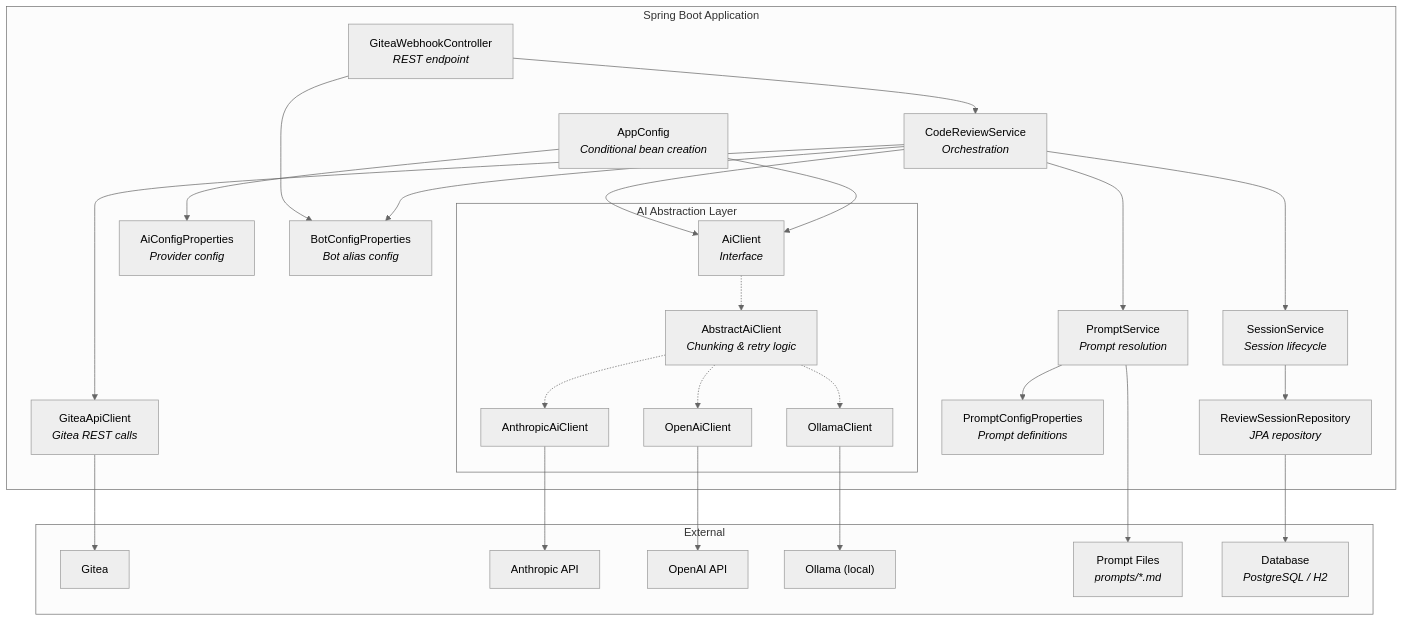
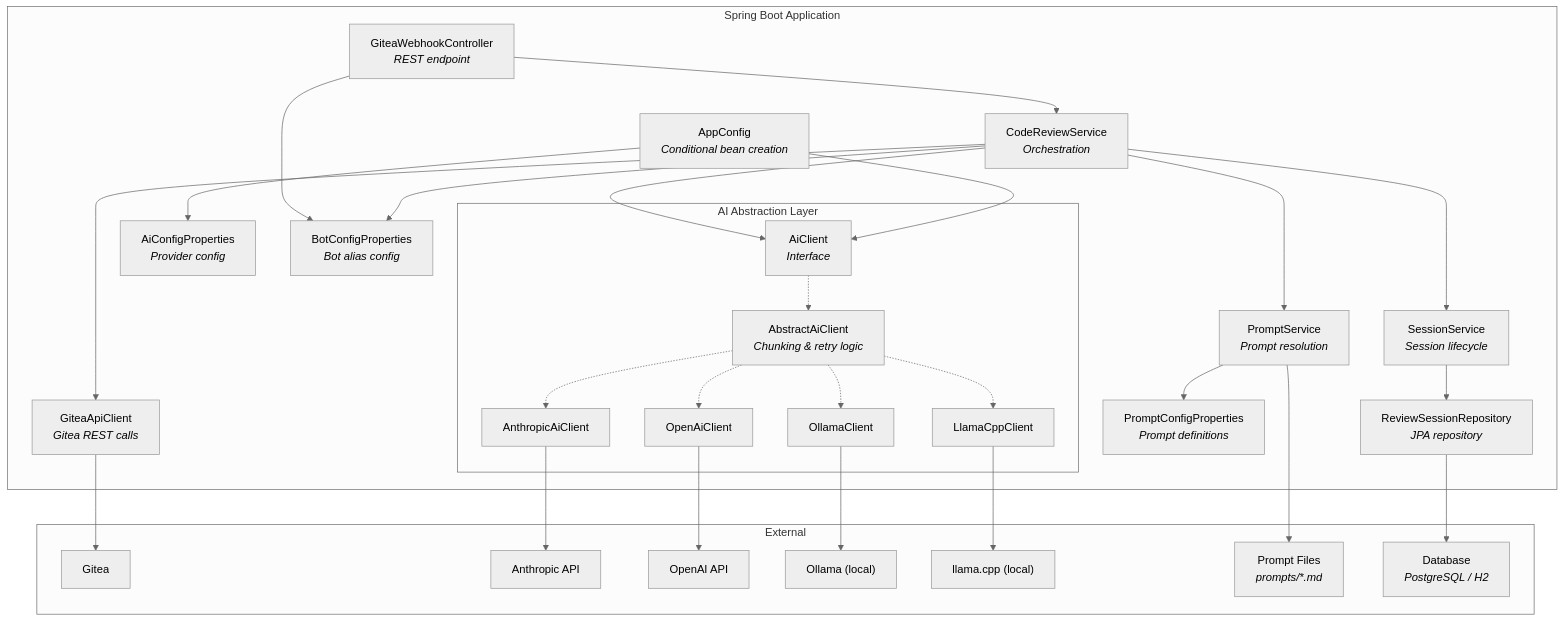
The second of 12 diagrams in doc/ARCHITECTURE.md (tmseidel/ai-gitea-bot), drawn with Mermaid (neutral theme) before and after one commit. The commit also changed other lines of this file and 13 other files, not shown here.

Commit message:
:feature #17 first draft for llama.cpp support. tested pr-feature with qwen

````diff
--- a/doc/ARCHITECTURE.md
+++ b/doc/ARCHITECTURE.md
@@ -30,55 +30,59 @@
 ```mermaid
 graph TD
     subgraph "Spring Boot Application"
         Controller["GiteaWebhookController<br/><i>REST endpoint</i>"]
         ReviewService["CodeReviewService<br/><i>Orchestration</i>"]
         SessionService["SessionService<br/><i>Session lifecycle</i>"]
         PromptService["PromptService<br/><i>Prompt resolution</i>"]
         GiteaClient["GiteaApiClient<br/><i>Gitea REST calls</i>"]
 
         subgraph "AI Abstraction Layer"
             AiInterface["AiClient<br/><i>Interface</i>"]
             AbstractClient["AbstractAiClient<br/><i>Chunking & retry logic</i>"]
             AnthropicImpl["AnthropicAiClient"]
             OpenAiImpl["OpenAiClient"]
             OllamaImpl["OllamaClient"]
+            LlamaCppImpl["LlamaCppClient"]
         end
 
         AppConfig["AppConfig<br/><i>Conditional bean creation</i>"]
         AiConfig["AiConfigProperties<br/><i>Provider config</i>"]
         PromptConfig["PromptConfigProperties<br/><i>Prompt definitions</i>"]
         BotConfig["BotConfigProperties<br/><i>Bot alias config</i>"]
         SessionRepo["ReviewSessionRepository<br/><i>JPA repository</i>"]
     end
 
     subgraph "External"
         Gitea["Gitea"]
         Anthropic["Anthropic API"]
         OpenAI["OpenAI API"]
         Ollama["Ollama (local)"]
+        LlamaCpp["llama.cpp (local)"]
         PromptFiles["Prompt Files<br/><i>prompts/*.md</i>"]
         DB["Database<br/><i>PostgreSQL / H2</i>"]
     end
 
     Controller --> ReviewService
     Controller --> BotConfig
     ReviewService --> BotConfig
     ReviewService --> PromptService
     ReviewService --> GiteaClient
     ReviewService --> AiInterface
     ReviewService --> SessionService
     SessionService --> SessionRepo
     SessionRepo --> DB
     PromptService --> PromptConfig
     PromptService --> PromptFiles
     GiteaClient --> Gitea
     AiInterface -.-> AbstractClient
     AbstractClient -.-> AnthropicImpl
     AbstractClient -.-> OpenAiImpl
     AbstractClient -.-> OllamaImpl
+    AbstractClient -.-> LlamaCppImpl
     AnthropicImpl --> Anthropic
     OpenAiImpl --> OpenAI
     OllamaImpl --> Ollama
+    LlamaCppImpl --> LlamaCpp
     AppConfig --> AiConfig
     AppConfig --> AiInterface
 ```
````
